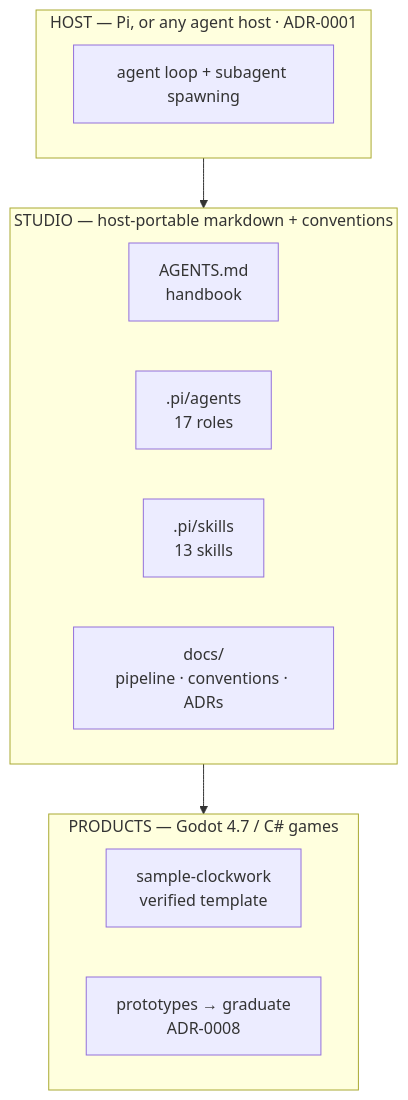
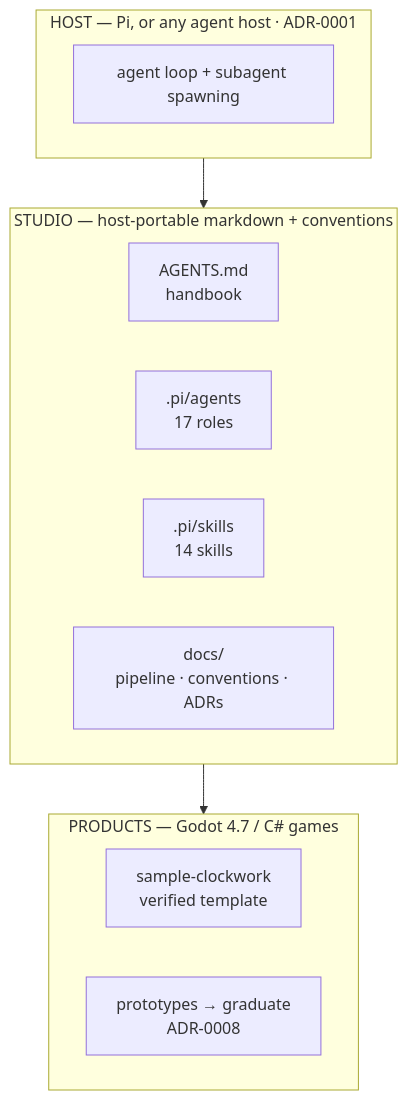
One commit to marcobdv/fidgetfall changed the first of 2 diagrams in docs/architecture.md. Above: the diagram before and after it, drawn with Mermaid. The commit also changed other lines of this file and 34 other files, not shown here.

````diff
--- a/docs/architecture.md
+++ b/docs/architecture.md
@@ -9,17 +9,17 @@
 ```mermaid
 flowchart TB
     subgraph HOST["HOST — Pi, or any agent host · ADR-0001"]
         H1["agent loop + subagent spawning"]
     end
     subgraph STUDIO["STUDIO — host-portable markdown + conventions"]
         S1["AGENTS.md<br/>handbook"]
         S2[".pi/agents<br/>17 roles"]
-        S3[".pi/skills<br/>13 skills"]
+        S3[".pi/skills<br/>14 skills"]
         S4["docs/<br/>pipeline · conventions · ADRs"]
     end
     subgraph PRODUCTS["PRODUCTS — Godot 4.7 / C# games"]
         P1["sample-clockwork<br/>verified template"]
         P2["prototypes → graduate<br/>ADR-0008"]
     end
     HOST --> STUDIO --> PRODUCTS
 ```
````
